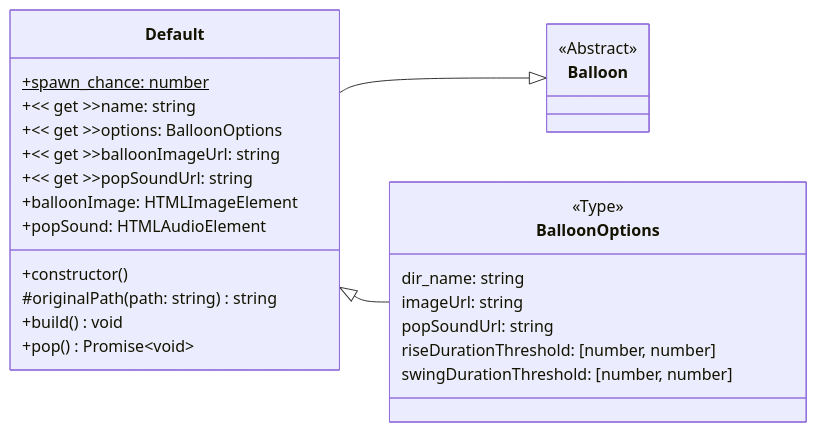
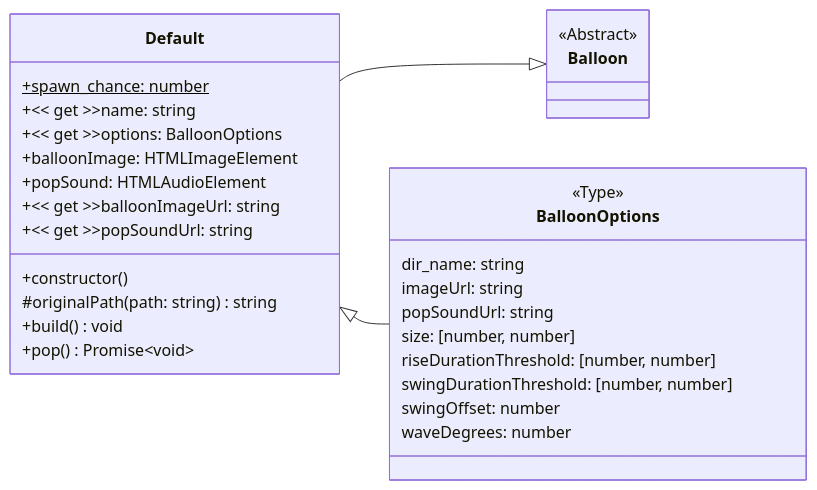
The diagram in docs/balloons/default.md (SimonStnn/pop-a-loon), drawn with Mermaid before and after one commit. The commit also changed other lines of this file, not shown here.

Commit message:
Update default balloon class options

````diff
--- a/docs/balloons/default.md
+++ b/docs/balloons/default.md
@@ -5,32 +5,35 @@
 ```mermaid
 classDiagram
 direction LR
 class Balloon { <<Abstract>> }
 click Balloon href "#abstract-balloon-class" "Abstract balloon class"
 
 class Default {
   +spawn_chance: number$
   +<< get >>name: string
   +<< get >>options: BalloonOptions
+  +balloonImage: HTMLImageElement
+  +popSound: HTMLAudioElement
   +<< get >>balloonImageUrl: string
   +<< get >>popSoundUrl: string
-  +balloonImage: HTMLImageElement
-  +popSound: HTMLAudioElement
   +constructor()
   #originalPath(path: string) string
   +build() void
   +pop() Promise~void~
 }
 Default --|> Balloon
 
 class BalloonOptions {
   <<Type>>
   dir_name: string
   imageUrl: string
   popSoundUrl: string
+  size: [number, number]
   riseDurationThreshold: [number, number]
   swingDurationThreshold: [number, number]
+  swingOffset: number
+  waveDegrees: number
 }
 
 Default <|-- BalloonOptions
 ```
````
